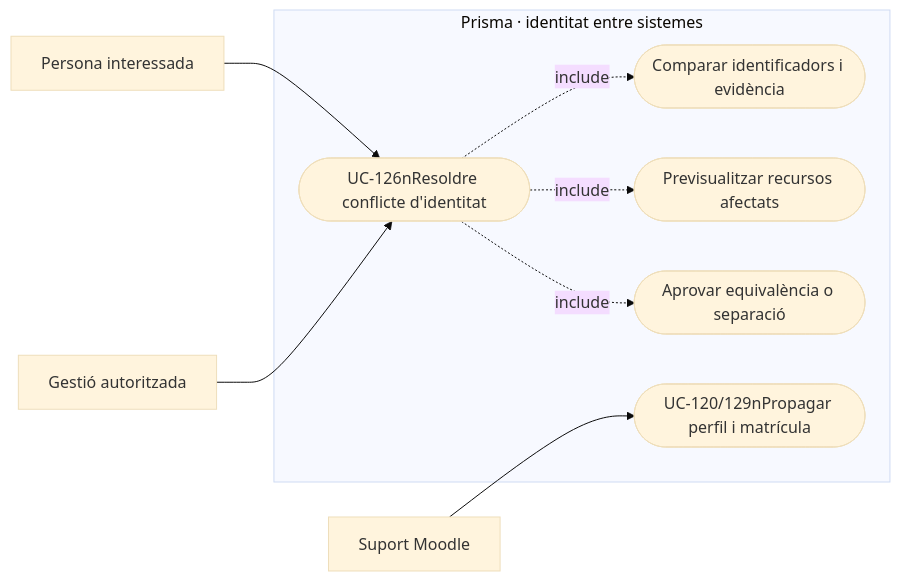
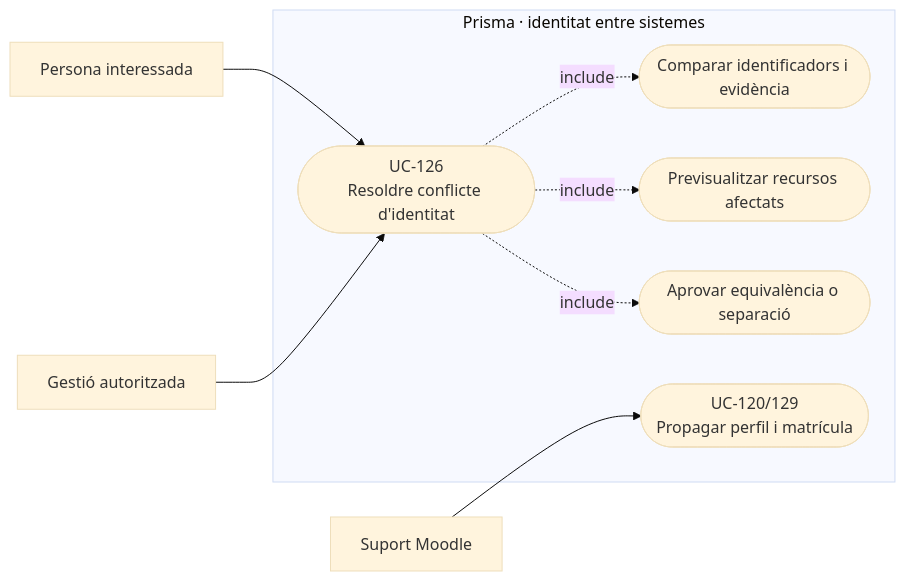
The second of 4 diagrams in documentacio/07-uml-integrat/uc-126-identitat-contacte-conflicte-sistemes.md (orgmeriemprismacat-del/verifactu), drawn with Mermaid (base theme) before and after one commit.

Commit message:
docs(uml): corregir salts Mermaid UC-126

````diff
--- a/documentacio/07-uml-integrat/uc-126-identitat-contacte-conflicte-sistemes.md
+++ b/documentacio/07-uml-integrat/uc-126-identitat-contacte-conflicte-sistemes.md
@@ -89,19 +89,19 @@
 ```mermaid
 flowchart LR
   a_0["Persona interessada"]
   a_1["Gestió autoritzada"]
   a_2["Suport Moodle"]
   subgraph SIF_BOUNDARY["Prisma · identitat entre sistemes"]
-    u_0(["UC-126nResoldre conflicte d'identitat"])
+    u_0(["UC-126<br/>Resoldre conflicte d'identitat"])
     u_1(["Comparar identificadors i evidència"])
     u_2(["Previsualitzar recursos afectats"])
     u_3(["Aprovar equivalència o separació"])
-    u_4(["UC-120/129nPropagar perfil i matrícula"])
+    u_4(["UC-120/129<br/>Propagar perfil i matrícula"])
   end
   a_0 --> u_0
   a_1 --> u_0
   a_2 --> u_4
   u_0 -.->|include| u_1
   u_0 -.->|include| u_2
   u_0 -.->|include| u_3
 ```
````
